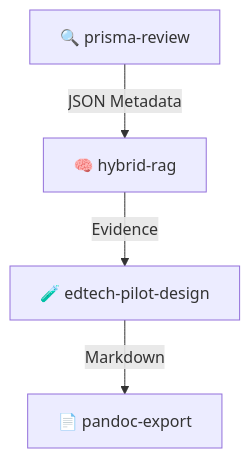
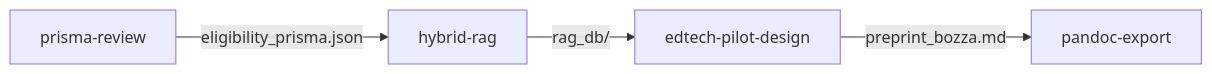
Before and after one commit to giovannifrontera/academic-PRISMA-research-workflow: the diagram in README.md, drawn with Mermaid. The commit also changed other lines of this file, not shown here.

````diff
--- a/README.md
+++ b/README.md
@@ -41,6 +19,6 @@
 ```mermaid
-graph TD;
-    A[🔍 prisma-review] -->|JSON Metadata| B[🧠 hybrid-rag];
-    B -->|Evidence| C[🧪 edtech-pilot-design];
-    C -->|Markdown| D[📄 pandoc-export];
+graph LR;
+    A[prisma-review] -->|eligibility_prisma.json| B[hybrid-rag];
+    B -->|rag_db/| C[edtech-pilot-design];
+    C -->|preprint_bozza.md| D[pandoc-export];
 ```
````
